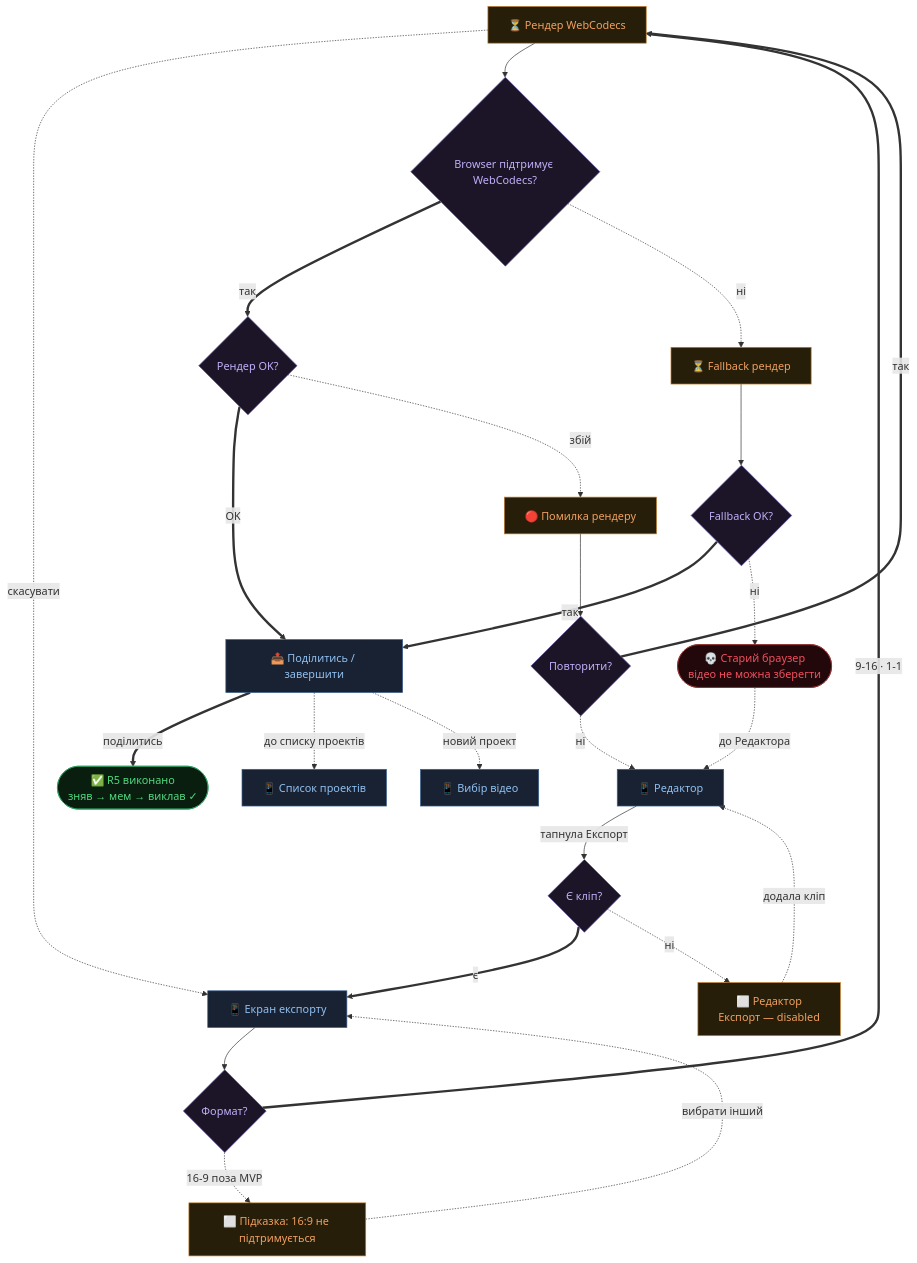
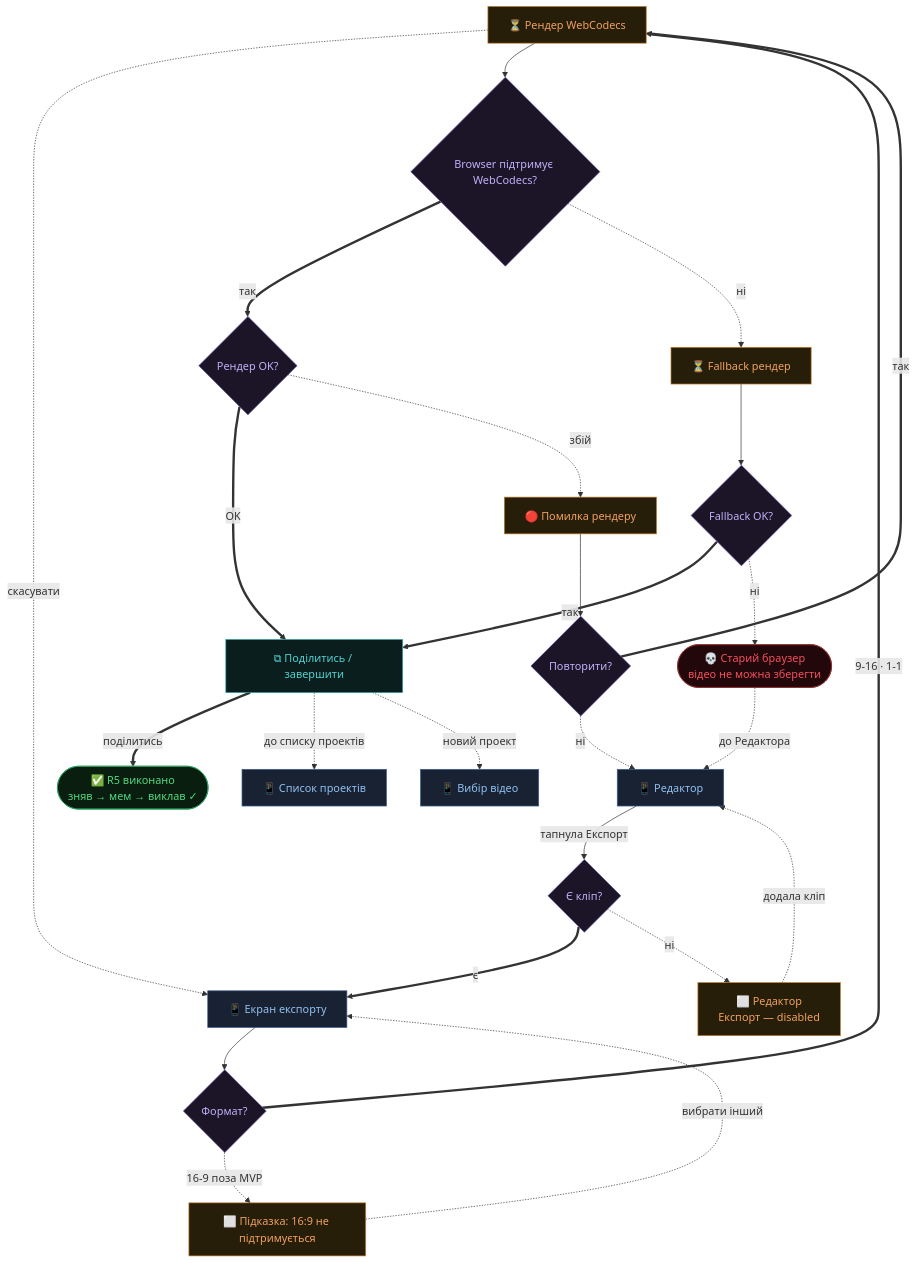
One commit to Zhmenya92/Memkat changed the sixth of 6 diagrams in research/flows.md. Above: the diagram before and after it, drawn with Mermaid. The commit also changed other lines of this file and 3 other files, not shown here.

````diff
--- a/research/flows.md
+++ b/research/flows.md
@@ -282,39 +288,40 @@
 ```mermaid
 flowchart TD
     classDef screen  fill:#192233,stroke:#3a6090,color:#90c0f0
+    classDef panel   fill:#0a1e1e,stroke:#28a0a0,color:#50d0d0
     classDef state   fill:#271e0a,stroke:#c07a28,color:#f0a060
     classDef decide  fill:#1c1528,stroke:#6050a0,color:#c0b0f8
     classDef ok      fill:#0a1e0f,stroke:#28a060,color:#50d880
     classDef fail    fill:#22080a,stroke:#903030,color:#f05060
 
     REND["⏳ Рендер WebCodecs"]:::state
 
     ED["📱 Редактор"]:::screen -- тапнула Експорт --> QC{Є кліп?}:::decide
     QC == є ==> EXP["📱 Екран експорту"]:::screen
     QC -. ні .-> DIS["⬜ Редактор\nЕкспорт — disabled"]:::state
     DIS -. додала кліп .-> ED
 
     EXP --> QF{Формат?}:::decide
     QF == 9-16 · 1-1 ==> REND
     QF -. 16-9 поза MVP .-> NA["⬜ Підказка: 16:9 не підтримується"]:::state
     NA -. вибрати інший .-> EXP
     REND -. скасувати .-> EXP
     REND --> QWC{Browser підтримує WebCodecs?}:::decide
     QWC == так ==> QR{Рендер OK?}:::decide
     QWC -. ні .-> FB["⏳ Fallback рендер"]:::state
 
-    QR == OK ==> SHARE["📤 Поділитись / завершити"]:::screen
+    QR == OK ==> SHARE["⧉ Поділитись / завершити"]:::panel
     QR -. збій .-> RE["🔴 Помилка рендеру"]:::state
     RE --> QRT{Повторити?}:::decide
     QRT == так ==> REND
     QRT -. ні .-> ED
 
     FB --> QFB{Fallback OK?}:::decide
     QFB == так ==> SHARE
     QFB -. ні .-> DEAD(["💀 Старий браузер\nвідео не можна зберегти"]):::fail
     DEAD -. до Редактора .-> ED
 
     SHARE == поділитись ==> DONE(["✅ R5 виконано\nзняв → мем → виклав ✓"]):::ok
     SHARE -. до списку проектів .-> PL["📱 Список проектів"]:::screen
     SHARE -. новий проект .-> IMP["📱 Вибір відео"]:::screen
 ```
````
